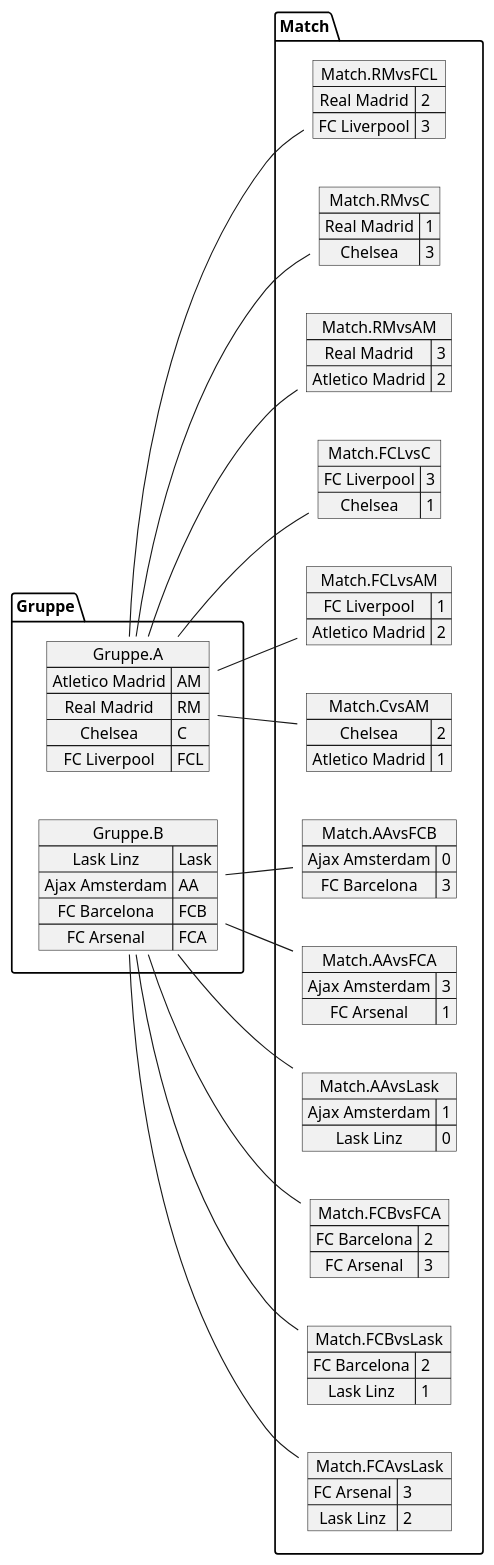
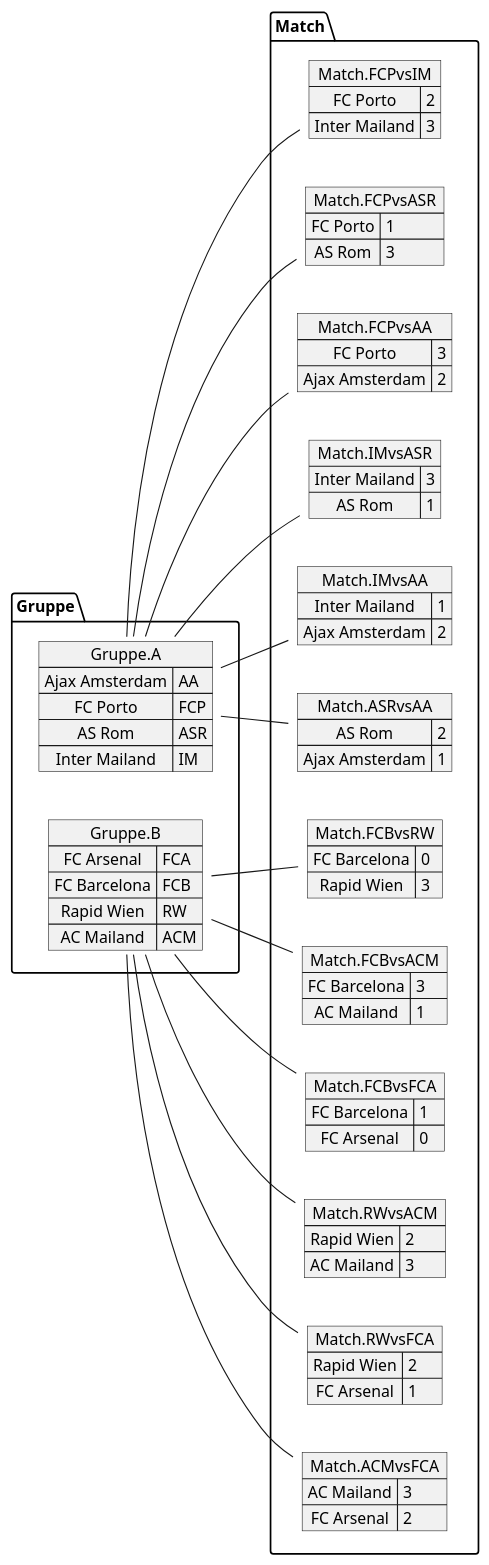
One commit to htl-leonding-project/2022-4ahif-autohaus changed the diagram in asciidocs/plantuml/ResultGP.puml. Above: the diagram before and after it, drawn with PlantUML. The commit also changed 15 other files, not shown here.

Commit message:
Changed Diagram generation

```diff
--- a/asciidocs/plantuml/ResultGP.puml
+++ b/asciidocs/plantuml/ResultGP.puml
@@ -1,88 +1,88 @@
 @startuml TestGPTournament2.png
 left to right direction
 
 map Gruppe.A {
-Atletico Madrid=>AM
-Real Madrid=>RM
-Chelsea=>C
-FC Liverpool=>FCL
+Ajax Amsterdam=>AA
+FC Porto=>FCP
+AS Rom=>ASR
+Inter Mailand=>IM
 }
 
 map Gruppe.B {
-Lask Linz=>Lask
-Ajax Amsterdam=>AA
+FC Arsenal=>FCA
 FC Barcelona=>FCB
-FC Arsenal=>FCA
+Rapid Wien=>RW
+AC Mailand=>ACM
 }
-map Match.RMvsFCL {
-Real Madrid => 2
-FC Liverpool => 3
+map Match.FCPvsIM {
+FC Porto => 2
+Inter Mailand => 3
 }
 
-map Match.RMvsC {
-Real Madrid => 1
-Chelsea => 3
+map Match.FCPvsASR {
+FC Porto => 1
+AS Rom => 3
 }
 
-map Match.RMvsAM {
-Real Madrid => 3
-Atletico Madrid => 2
+map Match.FCPvsAA {
+FC Porto => 3
+Ajax Amsterdam => 2
 }
 
-map Match.FCLvsC {
-FC Liverpool => 3
-Chelsea => 1
+map Match.IMvsASR {
+Inter Mailand => 3
+AS Rom => 1
 }
 
-map Match.FCLvsAM {
-FC Liverpool => 1
-Atletico Madrid => 2
+map Match.IMvsAA {
+Inter Mailand => 1
+Ajax Amsterdam => 2
 }
 
-map Match.CvsAM {
-Chelsea => 2
-Atletico Madrid => 1
+map Match.ASRvsAA {
+AS Rom => 2
+Ajax Amsterdam => 1
 }
-map Match.AAvsFCB {
-Ajax Amsterdam => 0
-FC Barcelona => 3
+map Match.FCBvsRW {
+FC Barcelona => 0
+Rapid Wien => 3
 }
 
-map Match.AAvsFCA {
-Ajax Amsterdam => 3
+map Match.FCBvsACM {
+FC Barcelona => 3
+AC Mailand => 1
+}
+
+map Match.FCBvsFCA {
+FC Barcelona => 1
+FC Arsenal => 0
+}
+
+map Match.RWvsACM {
+Rapid Wien => 2
+AC Mailand => 3
+}
+
+map Match.RWvsFCA {
+Rapid Wien => 2
 FC Arsenal => 1
 }
 
-map Match.AAvsLask {
-Ajax Amsterdam => 1
-Lask Linz => 0
+map Match.ACMvsFCA {
+AC Mailand => 3
+FC Arsenal => 2
 }
-
-map Match.FCBvsFCA {
-FC Barcelona => 2
-FC Arsenal => 3
-}
-
-map Match.FCBvsLask {
-FC Barcelona => 2
-Lask Linz => 1
-}
-
-map Match.FCAvsLask {
-FC Arsenal => 3
-Lask Linz => 2
-}
-Gruppe.A -- Match.RMvsFCL
-Gruppe.A -- Match.RMvsC
-Gruppe.A -- Match.RMvsAM
-Gruppe.A -- Match.FCLvsC
-Gruppe.A -- Match.FCLvsAM
-Gruppe.A -- Match.CvsAM
-Gruppe.B -- Match.AAvsFCB
-Gruppe.B -- Match.AAvsFCA
-Gruppe.B -- Match.AAvsLask
+Gruppe.A -- Match.FCPvsIM
+Gruppe.A -- Match.FCPvsASR
+Gruppe.A -- Match.FCPvsAA
+Gruppe.A -- Match.IMvsASR
+Gruppe.A -- Match.IMvsAA
+Gruppe.A -- Match.ASRvsAA
+Gruppe.B -- Match.FCBvsRW
+Gruppe.B -- Match.FCBvsACM
 Gruppe.B -- Match.FCBvsFCA
-Gruppe.B -- Match.FCBvsLask
-Gruppe.B -- Match.FCAvsLask
+Gruppe.B -- Match.RWvsACM
+Gruppe.B -- Match.RWvsFCA
+Gruppe.B -- Match.ACMvsFCA
 
 @enduml
```
